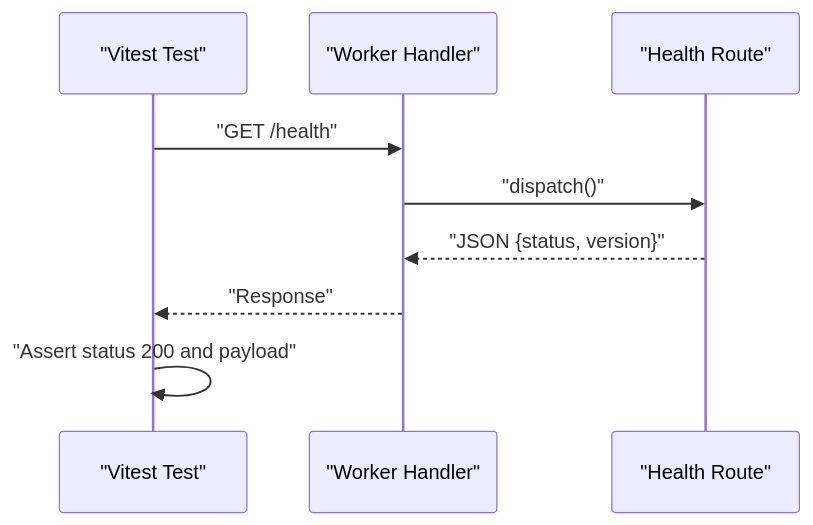
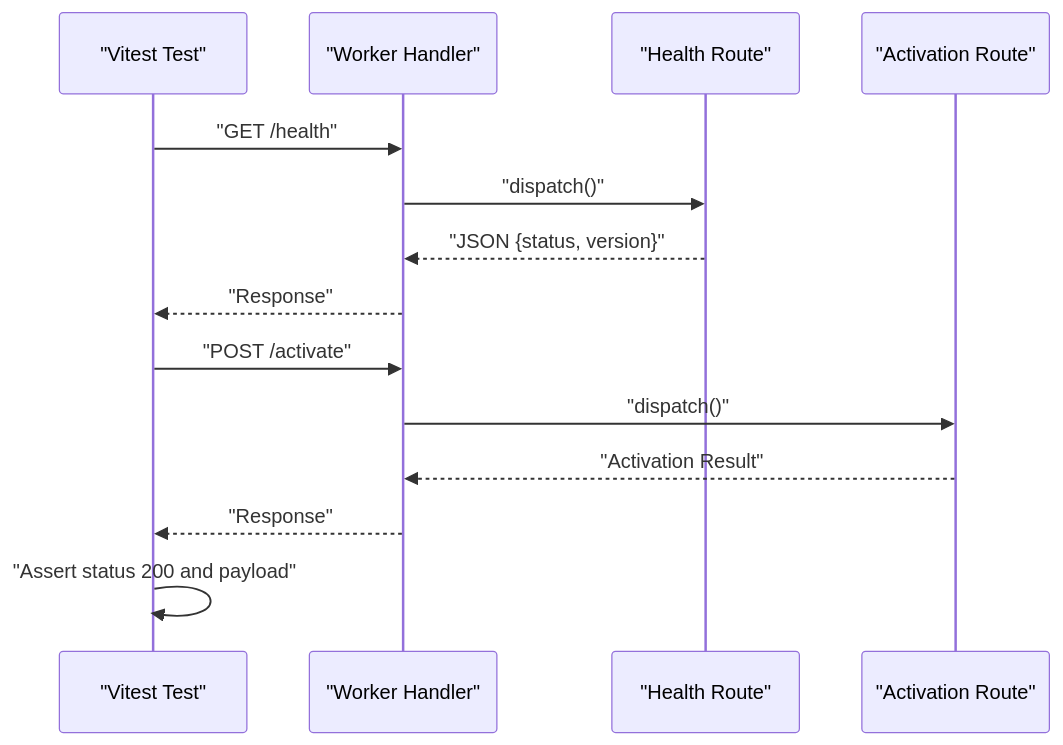
Before and after one commit to Mesililm-LLC/api.trackdub: the fourth of 8 diagrams in .qoder/repowiki/en/content/Testing Guide/Testing Guide.md, drawn with Mermaid. The commit also changed other lines of this file and 37 other files, not shown here.

````diff
--- a/.qoder/repowiki/en/content/Testing Guide/Testing Guide.md
+++ b/.qoder/repowiki/en/content/Testing Guide/Testing Guide.md
@@ -199,11 +287,16 @@
 ```mermaid
 sequenceDiagram
 participant Test as "Vitest Test"
 participant Worker as "Worker Handler"
 participant Route as "Health Route"
+participant ActivRoute as "Activation Route"
 Test->>Worker : "GET /health"
 Worker->>Route : "dispatch()"
 Route-->>Worker : "JSON {status, version}"
 Worker-->>Test : "Response"
+Test->>Worker : "POST /activate"
+Worker->>ActivRoute : "dispatch()"
+ActivRoute-->>Worker : "Activation Result"
+Worker-->>Test : "Response"
 Test->>Test : "Assert status 200 and payload"
 ```
````
